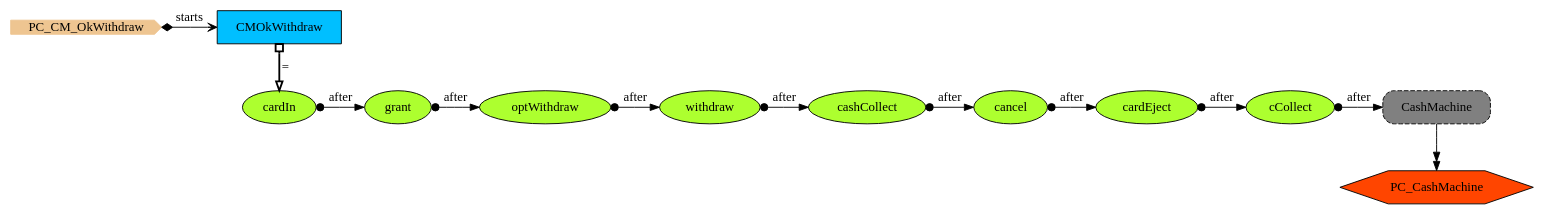
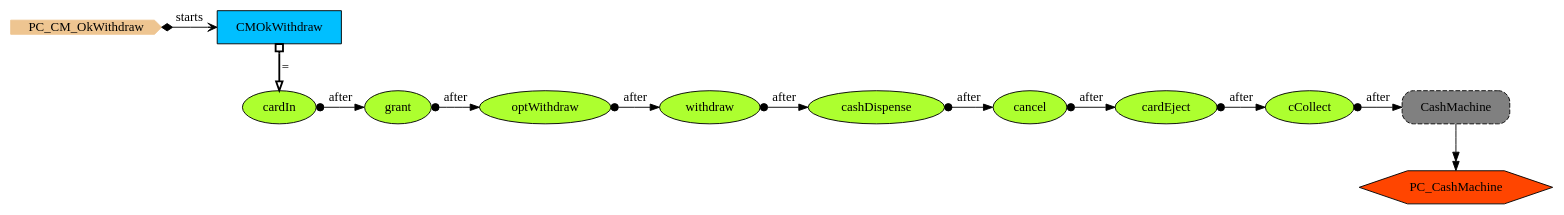
One commit to namalio/Fragmenta_PCs changed the diagram in Haskell/PCs/PCs/img/PC_CM_OkWithdraw.gv. Above: the diagram before and after it, drawn with Graphviz. The commit also changed 28 other files, not shown here.

Commit message:
Further work on the cash machine example on github

```diff
--- a/Haskell/PCs/PCs/img/PC_CM_OkWithdraw.gv
+++ b/Haskell/PCs/PCs/img/PC_CM_OkWithdraw.gv
@@ -1,36 +1,36 @@
 digraph {
 StartN_ [shape = cds,color=burlywood2,style=filled,height=.2,width=.2, label =PC_CM_OkWithdraw];
 PC_CashMachine [shape=hexagon,fillcolor=orangered,style=filled,label =PC_CashMachine];
 RefCashMachine [shape=rectangle,fillcolor=gray,style="rounded,filled,dashed",label="CashMachine "];
 cCollect [shape=ellipse,fillcolor=greenyellow,style = filled,label="cCollect"];
 cardEject [shape=ellipse,fillcolor=greenyellow,style = filled,label="cardEject"];
 cancel [shape=ellipse,fillcolor=greenyellow,style = filled,label="cancel"];
-cashCollect [shape=ellipse,fillcolor=greenyellow,style = filled,label="cashCollect"];
+cashDispense [shape=ellipse,fillcolor=greenyellow,style = filled,label="cashDispense"];
 withdraw [shape=ellipse,fillcolor=greenyellow,style = filled,label="withdraw"];
 optWithdraw [shape=ellipse,fillcolor=greenyellow,style = filled,label="optWithdraw"];
 grant [shape=ellipse,fillcolor=greenyellow,style = filled,label="grant"];
 cardIn [shape=ellipse,fillcolor=greenyellow,style = filled,label="cardIn"];
 CMOkWithdraw [shape=box,fillcolor=deepskyblue,style = filled,label="CMOkWithdraw "];
 
 {rank=min;StartN_,CMOkWithdraw}
-{rank=same;cardIn,grant,optWithdraw,withdraw,cashCollect,cancel,cardEject,cCollect,RefCashMachine}
-{rank=same;grant,optWithdraw,withdraw,cashCollect,cancel,cardEject,cCollect,RefCashMachine}
-{rank=same;optWithdraw,withdraw,cashCollect,cancel,cardEject,cCollect,RefCashMachine}
-{rank=same;withdraw,cashCollect,cancel,cardEject,cCollect,RefCashMachine}
-{rank=same;cashCollect,cancel,cardEject,cCollect,RefCashMachine}
+{rank=same;cardIn,grant,optWithdraw,withdraw,cashDispense,cancel,cardEject,cCollect,RefCashMachine}
+{rank=same;grant,optWithdraw,withdraw,cashDispense,cancel,cardEject,cCollect,RefCashMachine}
+{rank=same;optWithdraw,withdraw,cashDispense,cancel,cardEject,cCollect,RefCashMachine}
+{rank=same;withdraw,cashDispense,cancel,cardEject,cCollect,RefCashMachine}
+{rank=same;cashDispense,cancel,cardEject,cCollect,RefCashMachine}
 {rank=same;cancel,cardEject,cCollect,RefCashMachine}
 {rank=same;cardEject,cCollect,RefCashMachine}
 {rank=same;cCollect,RefCashMachine}
 
 cCollect->RefCashMachine[arrowtail=dot,dir=both,label="after"];
 RefCashMachine->PC_CashMachine[arrowhead="normalnormal",label=" "];
 cardEject->cCollect[arrowtail=dot,dir=both,label="after"];
 cancel->cardEject[arrowtail=dot,dir=both,label="after"];
-cashCollect->cancel[arrowtail=dot,dir=both,label="after"];
-withdraw->cashCollect[arrowtail=dot,dir=both,label="after"];
+cashDispense->cancel[arrowtail=dot,dir=both,label="after"];
+withdraw->cashDispense[arrowtail=dot,dir=both,label="after"];
 optWithdraw->withdraw[arrowtail=dot,dir=both,label="after"];
 grant->optWithdraw[arrowtail=dot,dir=both,label="after"];
 cardIn->grant[arrowtail=dot,dir=both,label="after"];
 StartN_->CMOkWithdraw[arrowhead="open",arrowtail=diamond,dir=both,label="starts"];
 CMOkWithdraw->cardIn[arrowhead="onormal",dir=both,arrowtail=obox,penwidth=2,label="="];
 }
```
